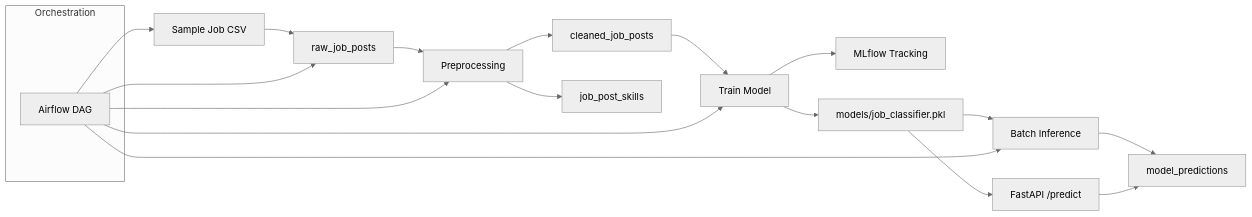
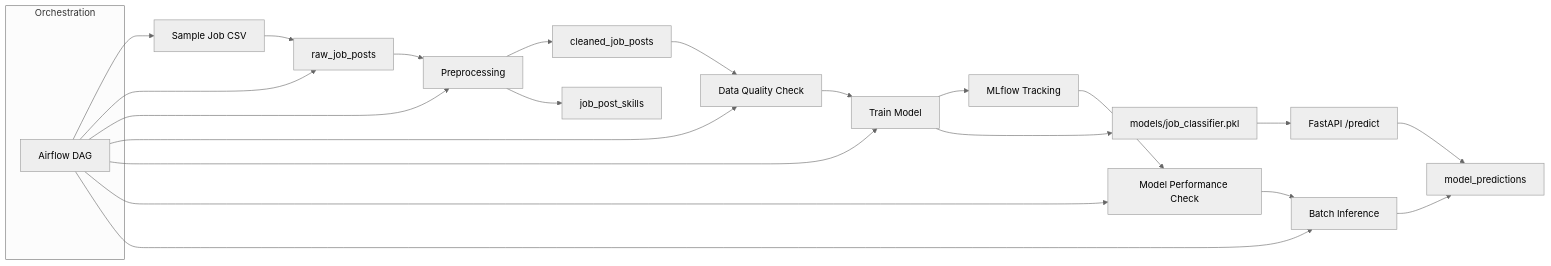
One commit to hyunwoo4073/mlops_project changed the diagram in README.md. Above: the diagram before and after it, drawn with Mermaid (neutral theme). The commit also changed other lines of this file and 4 other files, not shown here.

Commit message:
add quality check

````diff
--- a/README.md
+++ b/README.md
@@ -25,24 +27,28 @@
 ```mermaid
 flowchart LR
     A[Sample Job CSV] --> B[raw_job_posts]
     B --> C[Preprocessing]
     C --> D[cleaned_job_posts]
     C --> E[job_post_skills]
-    D --> F[Train Model]
+    D --> Q1[Data Quality Check]
+    Q1 --> F[Train Model]
     F --> G[MLflow Tracking]
     F --> H[models/job_classifier.pkl]
-    H --> I[Batch Inference]
+    G --> Q2[Model Performance Check]
+    Q2 --> I[Batch Inference]
     I --> J[model_predictions]
     H --> K[FastAPI /predict]
     K --> J
 
     subgraph Orchestration
         L[Airflow DAG]
     end
 
     L --> A
     L --> B
     L --> C
+    L --> Q1
     L --> F
+    L --> Q2
     L --> I
 ```
````
